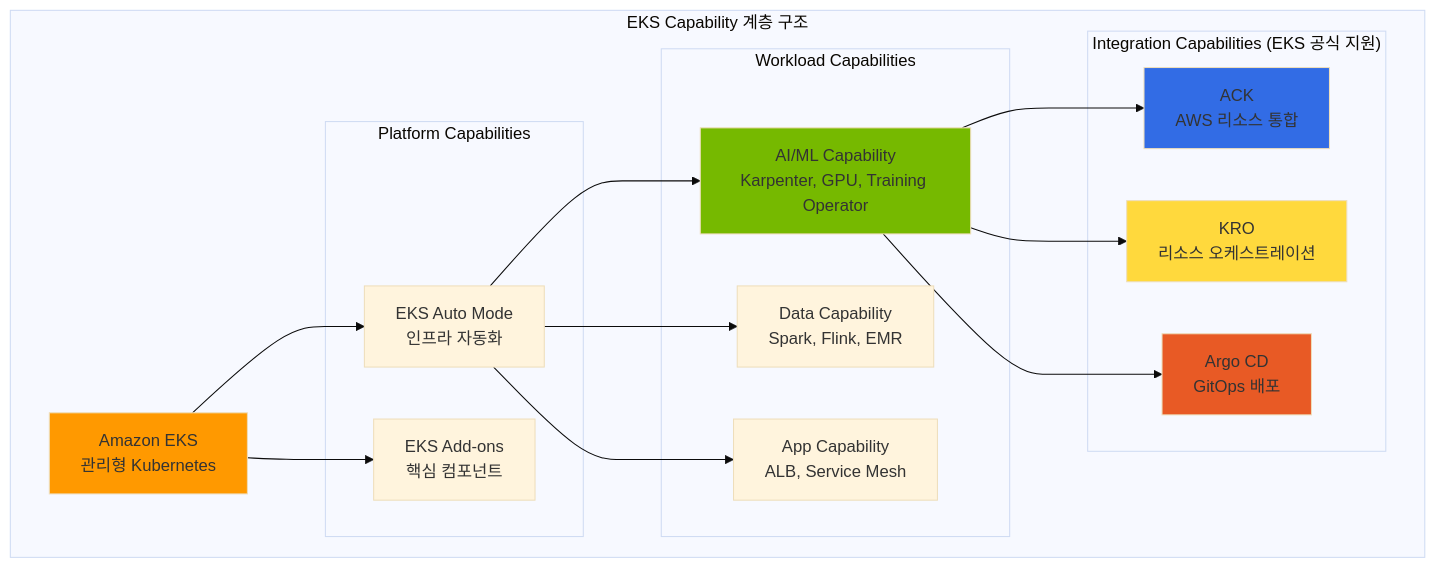
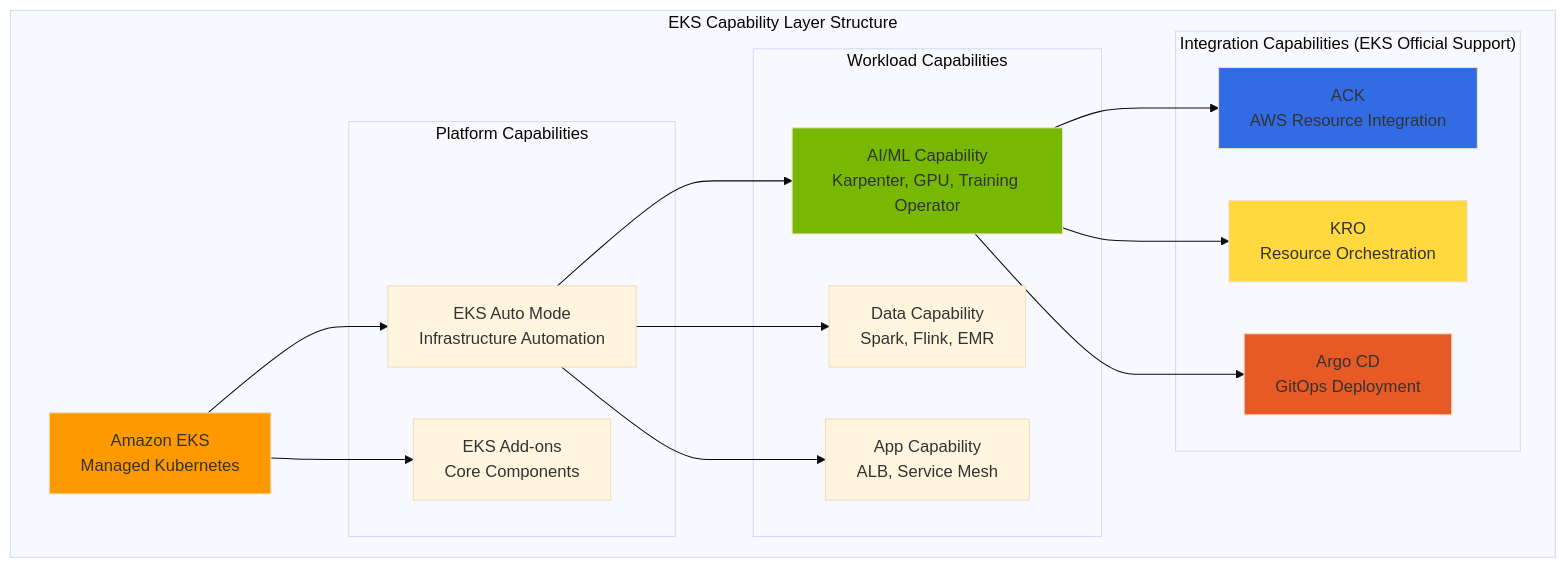
Before and after one commit to devfloor9/engineering-playbook: the sixth of 11 diagrams in i18n/en/docusaurus-plugin-content-docs/current/agentic-ai-platform/design-architecture/agentic-ai-solutions-eks.md, drawn with Mermaid (base theme). The commit also changed other lines of this file and 16 other files, not shown here.

````diff
--- a/i18n/en/docusaurus-plugin-content-docs/current/agentic-ai-platform/design-architecture/agentic-ai-solutions-eks.md
+++ b/i18n/en/docusaurus-plugin-content-docs/current/agentic-ai-platform/design-architecture/agentic-ai-solutions-eks.md
@@ -464,33 +464,33 @@
 ```mermaid
 graph TB
-    subgraph "EKS Capability 계층 구조"
-        EKS["Amazon EKS<br/>관리형 Kubernetes"]
+    subgraph "EKS Capability Layer Structure"
+        EKS["Amazon EKS<br/>Managed Kubernetes"]
 
         subgraph "Platform Capabilities"
-            AUTO["EKS Auto Mode<br/>인프라 자동화"]
-            ADDON["EKS Add-ons<br/>핵심 컴포넌트"]
+            AUTO["EKS Auto Mode<br/>Infrastructure Automation"]
+            ADDON["EKS Add-ons<br/>Core Components"]
         end
 
         subgraph "Workload Capabilities"
             AI["AI/ML Capability<br/>Karpenter, GPU, Training Operator"]
             DATA["Data Capability<br/>Spark, Flink, EMR"]
             APP["App Capability<br/>ALB, Service Mesh"]
         end
 
-        subgraph "Integration Capabilities (EKS 공식 지원)"
-            ACK_C["ACK<br/>AWS 리소스 통합"]
-            KRO_C["KRO<br/>리소스 오케스트레이션"]
-            ARGOCD_C["Argo CD<br/>GitOps 배포"]
+        subgraph "Integration Capabilities (EKS Official Support)"
+            ACK_C["ACK<br/>AWS Resource Integration"]
+            KRO_C["KRO<br/>Resource Orchestration"]
+            ARGOCD_C["Argo CD<br/>GitOps Deployment"]
         end
     end
 
     EKS --> AUTO & ADDON
     AUTO --> AI & DATA & APP
     AI --> ACK_C & KRO_C & ARGOCD_C
 
     style EKS fill:#ff9900
     style AI fill:#76b900
     style ACK_C fill:#326ce5
     style KRO_C fill:#ffd93d
     style ARGOCD_C fill:#e85a25
 ```
````
